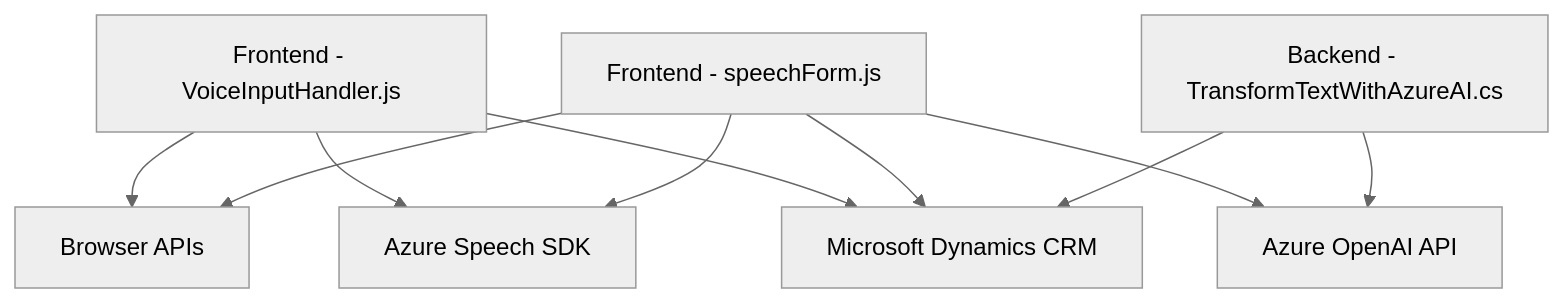
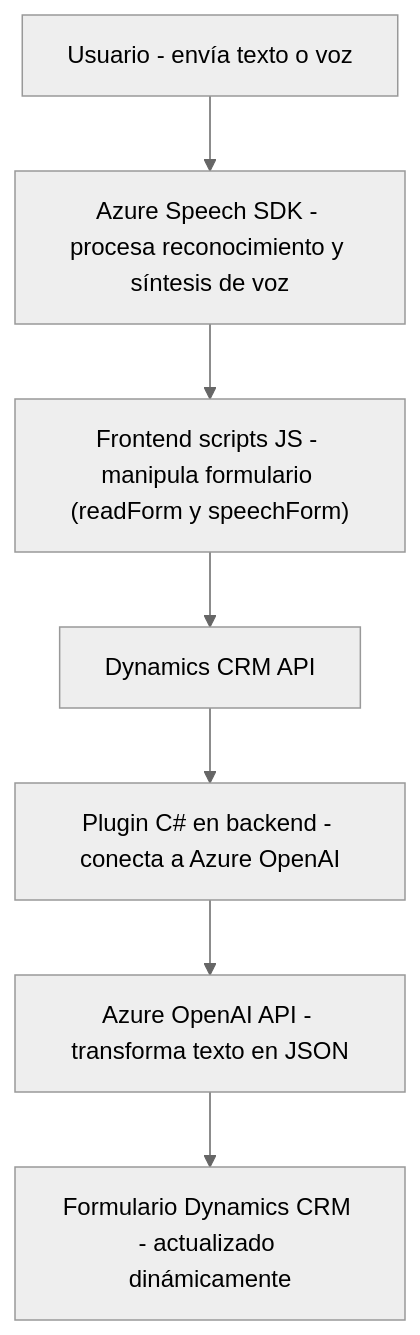
One commit to blopezdm/NETCORE_BILBAO2025 changed the diagram in README.md. Above: the diagram before and after it, drawn with Mermaid (neutral theme). The commit also changed other lines of this file, not shown here.

````diff
--- a/README.md
+++ b/README.md
@@ -51,20 +60,17 @@
 ```mermaid
 graph TD
-    A["Frontend - VoiceInputHandler.js"]
-    B["Frontend - speechForm.js"]
-    C["Backend - TransformTextWithAzureAI.cs"]
-    D["Microsoft Dynamics CRM"]
-    E["Azure Speech SDK"]
-    F["Azure OpenAI API"]
-    G["Browser APIs"]
+    A["Usuario - envía texto o voz"]
+    B["Azure Speech SDK - procesa reconocimiento y síntesis de voz"]
+    C["Frontend scripts JS - manipula formulario (readForm y speechForm)"]
+    D["Dynamics CRM API"]
+    E["Plugin C# en backend - conecta a Azure OpenAI"]
+    F["Azure OpenAI API - transforma texto en JSON"]
+    G["Formulario Dynamics CRM - actualizado dinámicamente"]
 
-    A --> G
-    B --> G
-    A --> E
-    B --> E
-    B --> F
-    C --> F
-    A --> D
-    B --> D
+    A --> B
+    B --> C
     C --> D
+    D --> E
+    E --> F
+    F --> G
 ```
````
